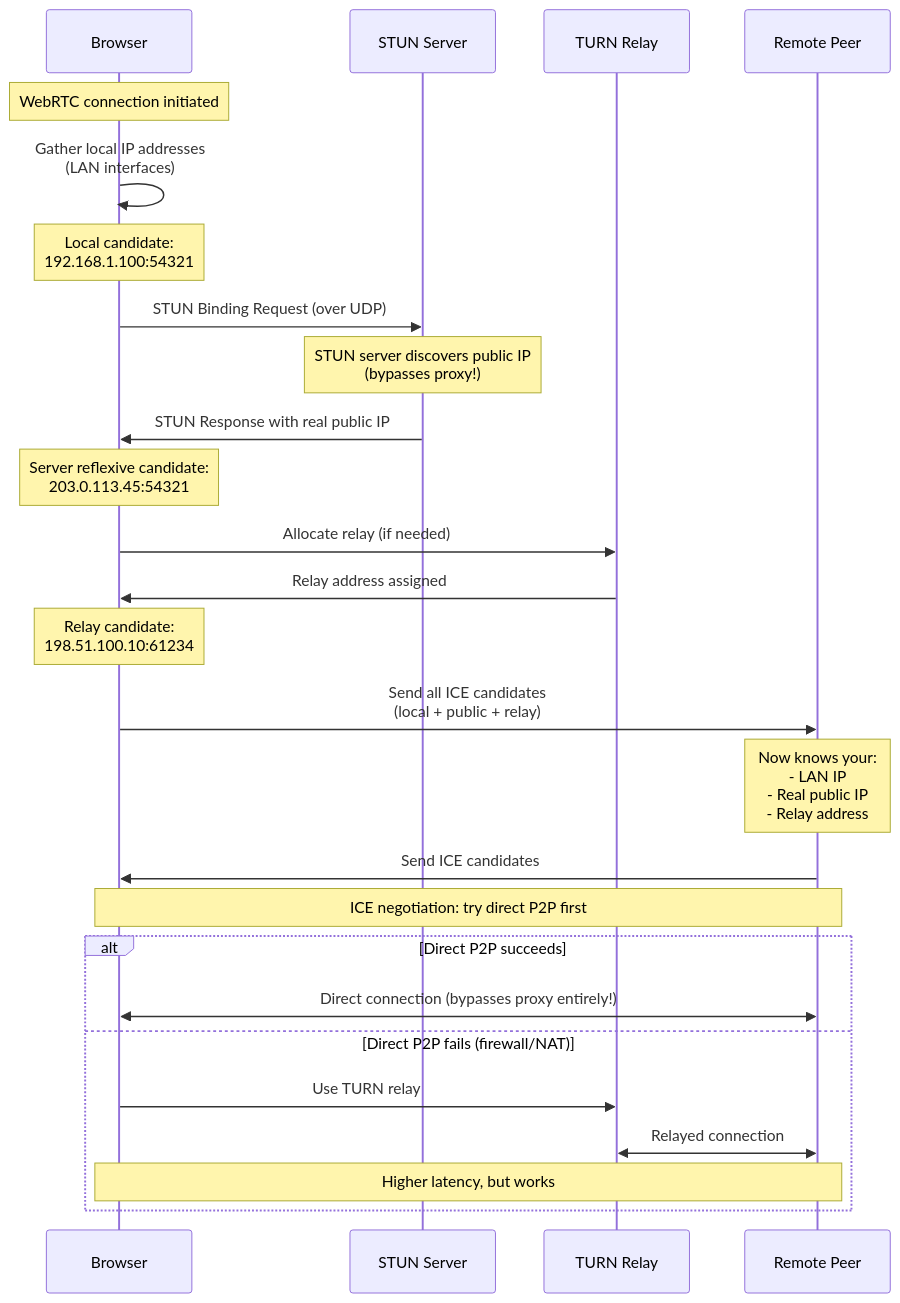
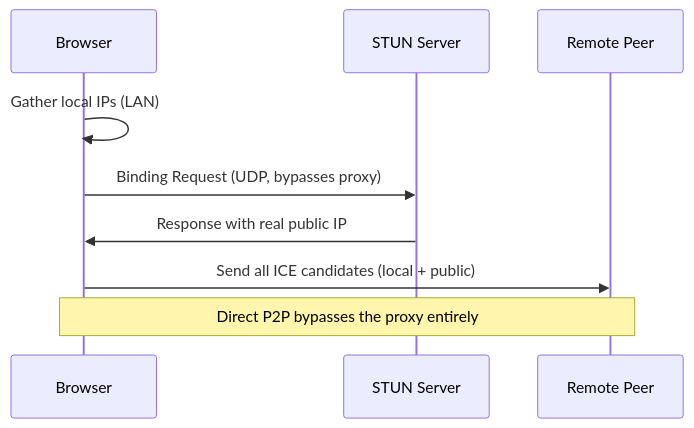
Before and after one commit to autoscrape-labs/pydoll: the third of 3 diagrams in docs/en/deep-dive/network/network-fundamentals.md, drawn with Mermaid. The commit also changed other lines of this file and 120 other files, not shown here.

````diff
--- a/docs/en/deep-dive/network/network-fundamentals.md
+++ b/docs/en/deep-dive/network/network-fundamentals.md
@@ -199,36 +122,12 @@
 ```mermaid
 sequenceDiagram
     participant Browser
     participant STUN as STUN Server
-    participant TURN as TURN Relay
     participant Peer as Remote Peer
 
-    Note over Browser: WebRTC connection initiated
-
-    Browser->>Browser: Gather local IP addresses<br/>(LAN interfaces)
-    Note over Browser: Local candidate:<br/>192.168.1.100:54321
-
-    Browser->>STUN: STUN Binding Request (over UDP)
-    Note over STUN: STUN server discovers public IP<br/>(bypasses proxy!)
-    STUN->>Browser: STUN Response with real public IP
-    Note over Browser: Server reflexive candidate:<br/>203.0.113.45:54321
-
-    Browser->>TURN: Allocate relay (if needed)
-    TURN->>Browser: Relay address assigned
-    Note over Browser: Relay candidate:<br/>198.51.100.10:61234
-
-    Browser->>Peer: Send all ICE candidates<br/>(local + public + relay)
-    Note over Peer: Now knows your:<br/>- LAN IP<br/>- Real public IP<br/>- Relay address
-
-    Peer->>Browser: Send ICE candidates
-
-    Note over Browser,Peer: ICE negotiation: try direct P2P first
-
-    alt Direct P2P succeeds
-        Browser<<->>Peer: Direct connection (bypasses proxy entirely!)
-    else Direct P2P fails (firewall/NAT)
-        Browser->>TURN: Use TURN relay
-        TURN<<->>Peer: Relayed connection
-        Note over Browser,Peer: Higher latency, but works
-    end
+    Browser->>Browser: Gather local IPs (LAN)
+    Browser->>STUN: Binding Request (UDP, bypasses proxy)
+    STUN->>Browser: Response with real public IP
+    Browser->>Peer: Send all ICE candidates (local + public)
+    Note over Browser,Peer: Direct P2P bypasses the proxy entirely
 ```
````
